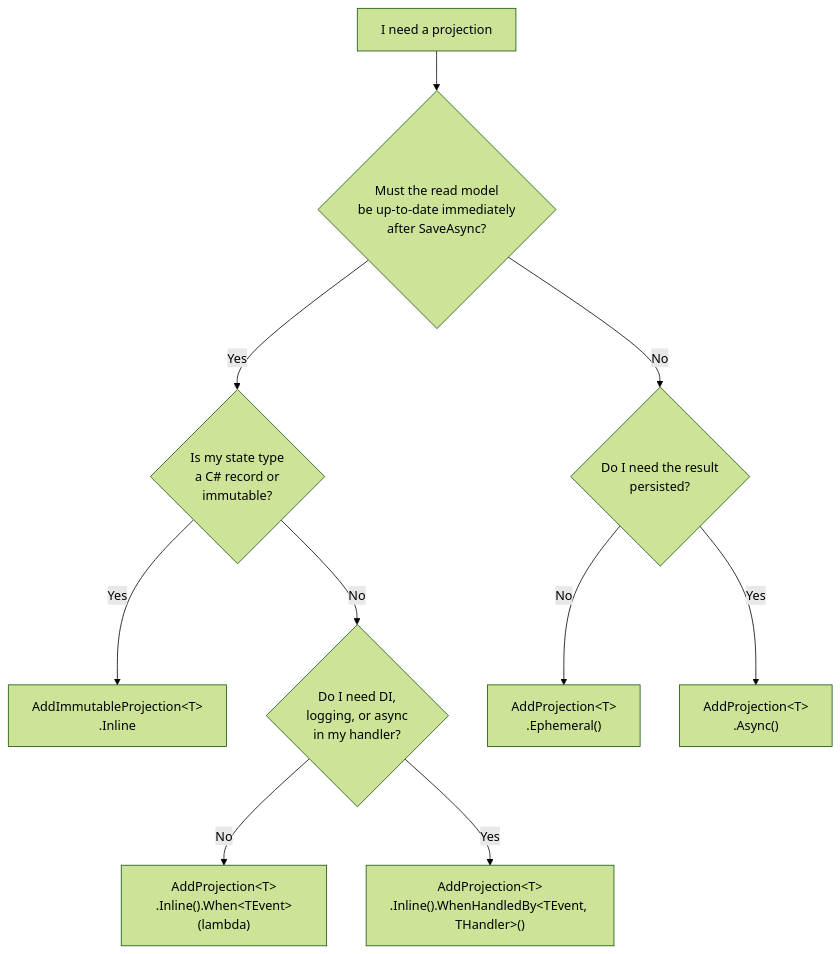
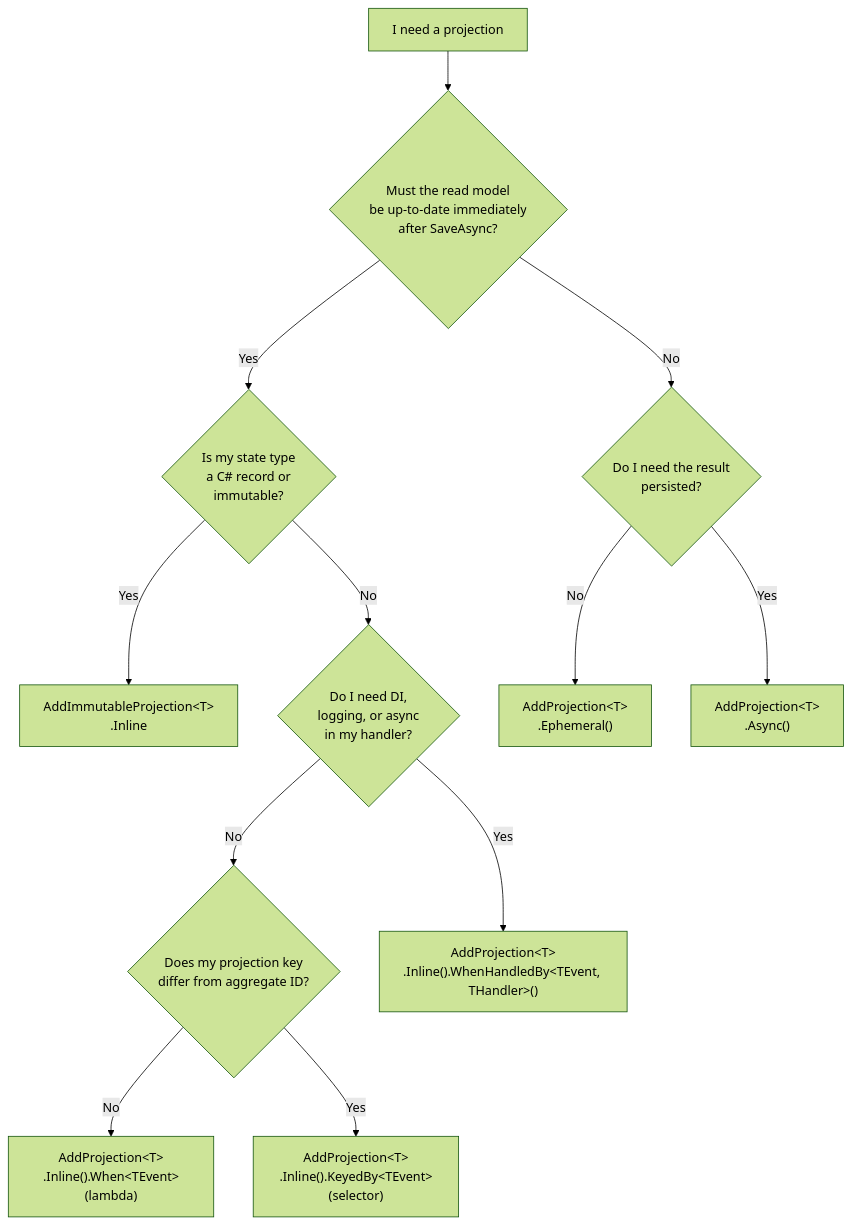
The second of 3 diagrams in docs-site/docs/event-sourcing/projections.md (TrigintaFaces/Excalibur), drawn with Mermaid (forest theme) before and after one commit. The commit also changed other lines of this file and 60 other files, not shown here.

Commit message:
fix: architect review -- thread-safety, visibility, DI, AOT, telemetry fixes

````diff
--- a/docs-site/docs/event-sourcing/projections.md
+++ b/docs-site/docs/event-sourcing/projections.md
@@ -47,16 +47,19 @@
 ```mermaid
 flowchart TD
     START[I need a projection] --> Q1{Must the read model<br/>be up-to-date immediately<br/>after SaveAsync?}
 
     Q1 -->|Yes| Q2{Is my state type<br/>a C# record or<br/>immutable?}
     Q1 -->|No| Q3{Do I need the result<br/>persisted?}
 
     Q2 -->|Yes| IMMUTABLE[AddImmutableProjection&lt;T&gt;<br/>.Inline]
     Q2 -->|No| Q4{Do I need DI,<br/>logging, or async<br/>in my handler?}
 
-    Q4 -->|No| INLINE_LAMBDA["AddProjection&lt;T&gt;<br/>.Inline().When&lt;TEvent&gt;(lambda)"]
+    Q4 -->|No| Q5{Does my projection key<br/>differ from aggregate ID?}
     Q4 -->|Yes| INLINE_DI["AddProjection&lt;T&gt;<br/>.Inline().WhenHandledBy&lt;TEvent, THandler&gt;()"]
+
+    Q5 -->|No| INLINE_LAMBDA["AddProjection&lt;T&gt;<br/>.Inline().When&lt;TEvent&gt;(lambda)"]
+    Q5 -->|Yes| INLINE_KEYED["AddProjection&lt;T&gt;<br/>.Inline().KeyedBy&lt;TEvent&gt;(selector)"]
 
     Q3 -->|No| EPHEMERAL["AddProjection&lt;T&gt;<br/>.Ephemeral()"]
     Q3 -->|Yes| ASYNC["AddProjection&lt;T&gt;<br/>.Async()"]
 ```
````
